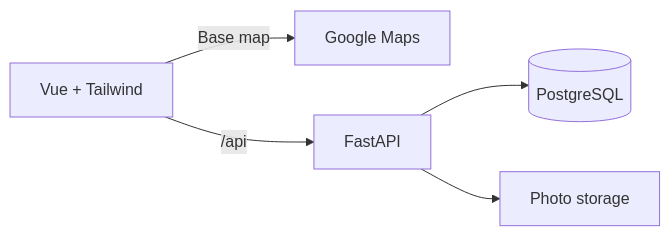
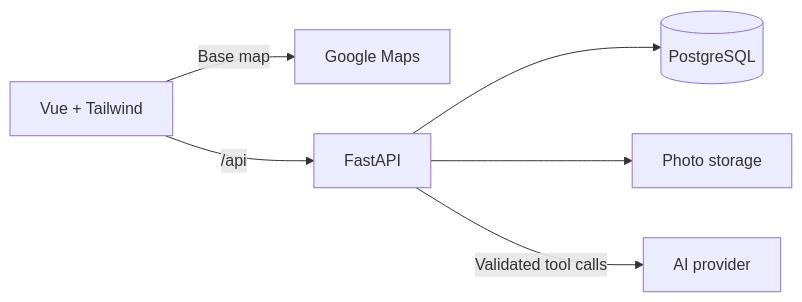
Before and after one commit to NotHriz/CodeDojo-Hackaton: the diagram in README.md, drawn with Mermaid. The commit also changed other lines of this file and 1 other file, not shown here.

Commit message:
docs: add campus AI assistant scope and architecture

````diff
--- a/README.md
+++ b/README.md
@@ -44,7 +58,8 @@
 ```mermaid
 flowchart LR
     Browser[Vue + Tailwind] -->|Base map| Google[Google Maps]
     Browser -->|/api| API[FastAPI]
     API --> DB[(PostgreSQL)]
     API --> Images[Photo storage]
+    API -->|Validated tool calls| AI[AI provider]
 ```
````
